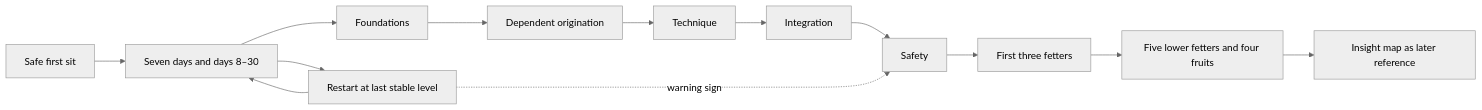
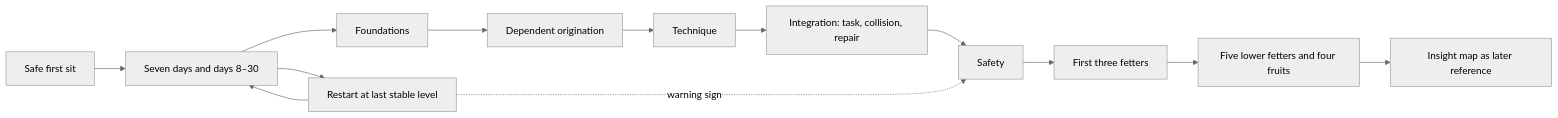
Before and after one commit to streamentry/streamentry: the first of 3 diagrams in book/chapters/AGENTS.md, drawn with Mermaid (neutral theme). The commit also changed other lines of this file and 16 other files, not shown here.

````diff
--- a/book/chapters/AGENTS.md
+++ b/book/chapters/AGENTS.md
@@ -30,7 +31,7 @@
 ```mermaid
 flowchart LR
-  A["Safe first sit"] --> M["Seven days and days 8–30"] --> B["Foundations"] --> C["Dependent origination"] --> D["Technique"] --> E["Integration"] --> F["Safety"] --> G["First three fetters"] --> H["Five lower fetters and four fruits"] --> I["Insight map as later reference"]
+  A["Safe first sit"] --> M["Seven days and days 8–30"] --> B["Foundations"] --> C["Dependent origination"] --> D["Technique"] --> E["Integration: task, collision, repair"] --> F["Safety"] --> G["First three fetters"] --> H["Five lower fetters and four fruits"] --> I["Insight map as later reference"]
   M --> R["Restart at last stable level"]
   R --> M
   R -. "warning sign" .-> F
 ```
````
